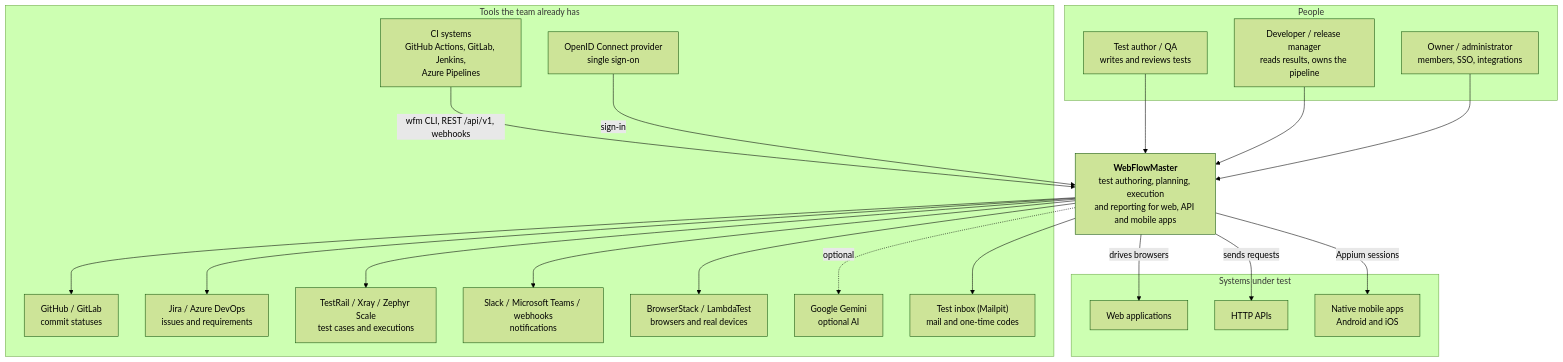
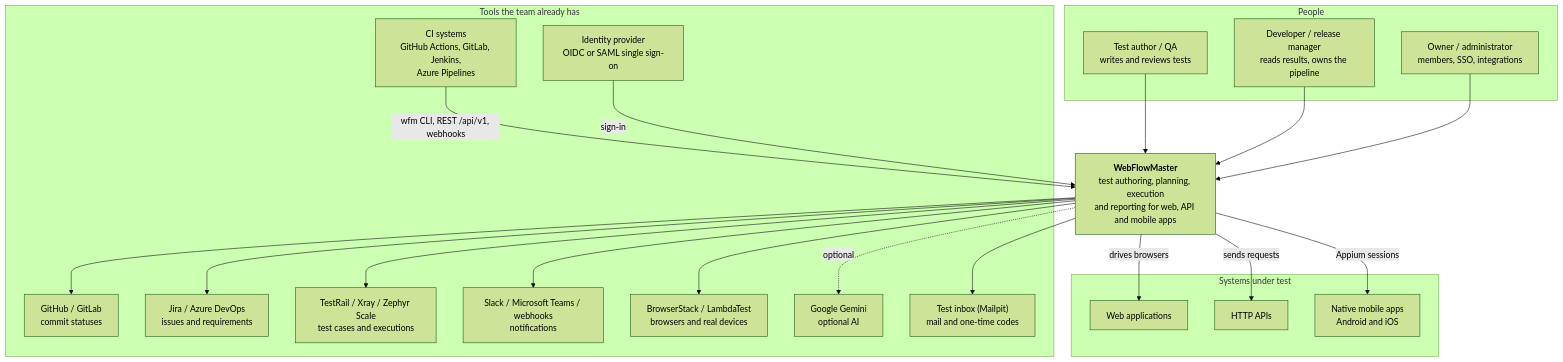
The first of 6 diagrams in docs/en/internals/system-architecture.md (Markg981/WebFlowMaster), drawn with Mermaid (forest theme) before and after one commit. The commit also changed 35 other files, not shown here.

First line of the commit message:
feat(sso): SAML 2.0 single sign-on alongside OpenID Connect

````diff
--- a/docs/en/internals/system-architecture.md
+++ b/docs/en/internals/system-architecture.md
@@ -17,40 +17,40 @@
 ```mermaid
 flowchart TB
   subgraph People
     QA["Test author / QA<br/>writes and reviews tests"]
     DEV["Developer / release manager<br/>reads results, owns the pipeline"]
     ADM["Owner / administrator<br/>members, SSO, integrations"]
   end
   WFM["<b>WebFlowMaster</b><br/>test authoring, planning, execution<br/>and reporting for web, API and mobile apps"]
   subgraph "Systems under test"
     WEB["Web applications"]
     APIS["HTTP APIs"]
     MOB["Native mobile apps<br/>Android and iOS"]
   end
   subgraph "Tools the team already has"
     CI["CI systems<br/>GitHub Actions, GitLab, Jenkins,<br/>Azure Pipelines"]
     SCM["GitHub / GitLab<br/>commit statuses"]
     TRK["Jira / Azure DevOps<br/>issues and requirements"]
     TM["TestRail / Xray / Zephyr Scale<br/>test cases and executions"]
     NOT["Slack / Microsoft Teams / webhooks<br/>notifications"]
-    IDP["OpenID Connect provider<br/>single sign-on"]
+    IDP["Identity provider<br/>OIDC or SAML single sign-on"]
     GRID["BrowserStack / LambdaTest<br/>browsers and real devices"]
     AI["Google Gemini<br/>optional AI"]
     MAIL["Test inbox (Mailpit)<br/>mail and one-time codes"]
   end
   QA --> WFM
   DEV --> WFM
   ADM --> WFM
   CI -- "wfm CLI, REST /api/v1, webhooks" --> WFM
   WFM -- "drives browsers" --> WEB
   WFM -- "sends requests" --> APIS
   WFM -- "Appium sessions" --> MOB
   WFM --> SCM
   WFM --> TRK
   WFM --> TM
   WFM --> NOT
   IDP -- "sign-in" --> WFM
   WFM --> GRID
   WFM -. optional .-> AI
   WFM --> MAIL
 ```
````
